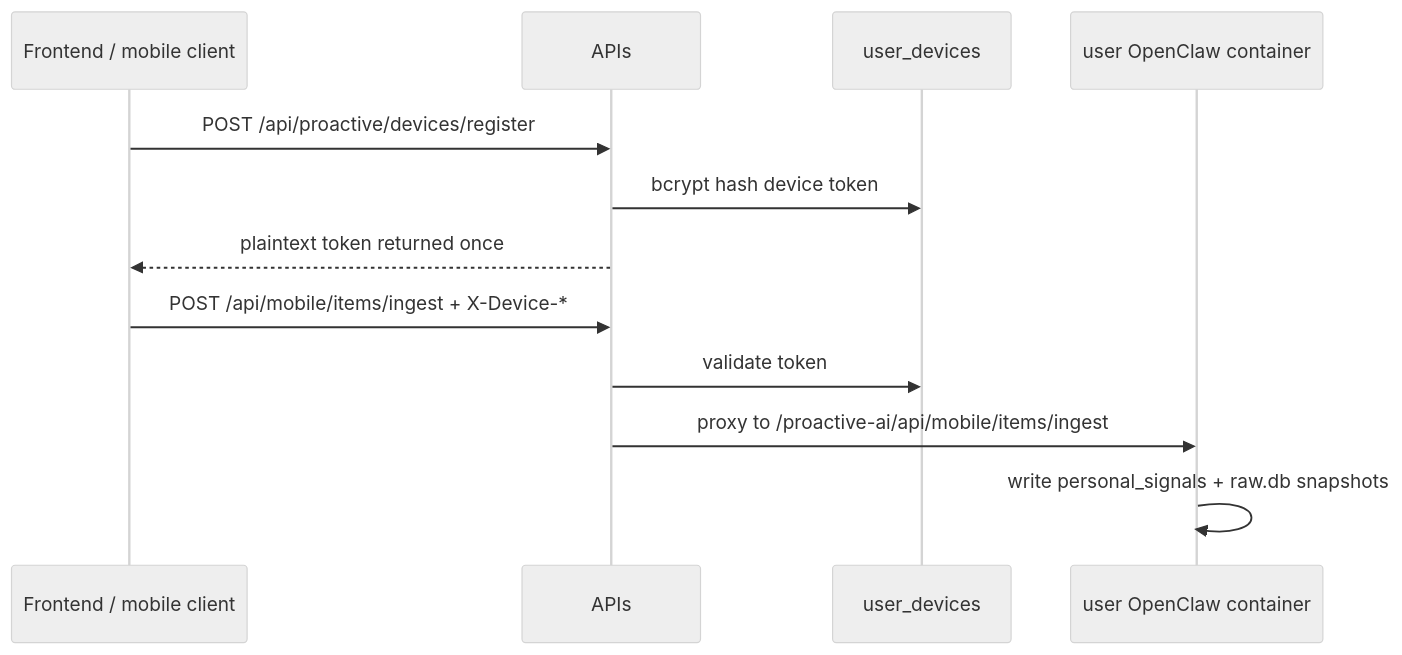
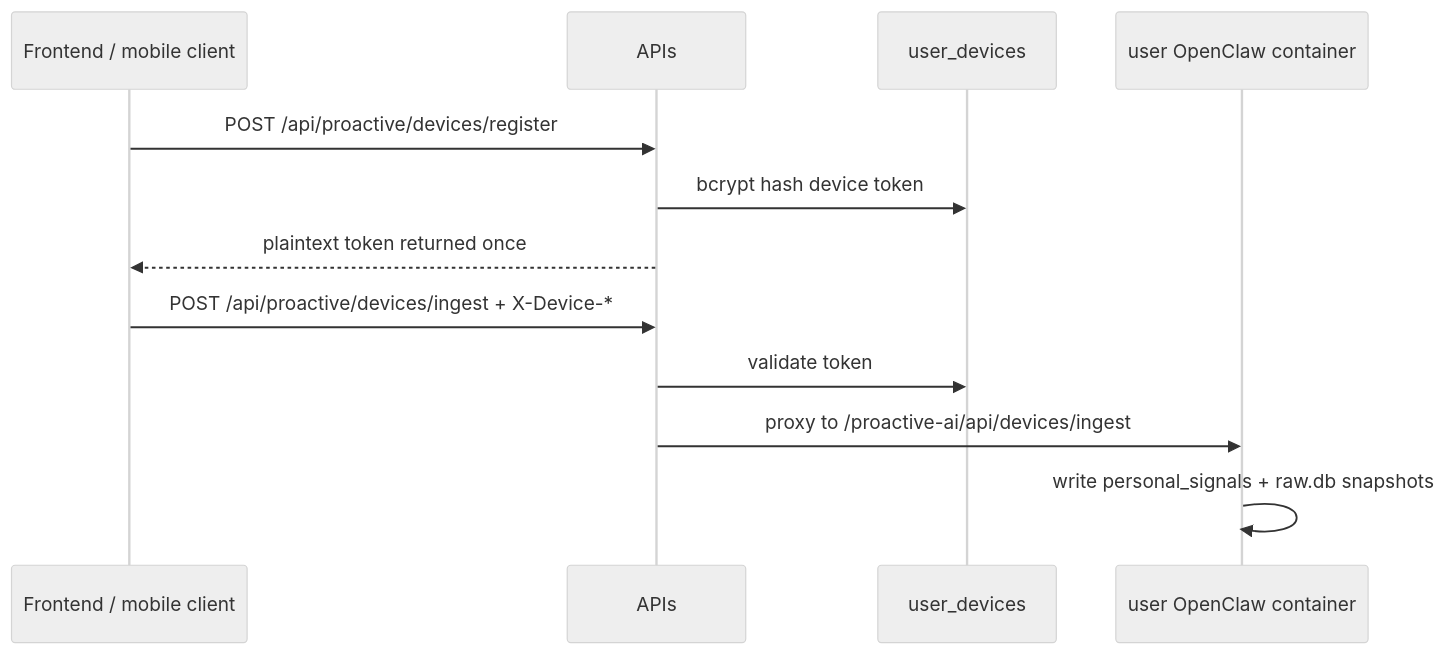
One commit to Edge-AI-HQ/proactive-assistant changed the fourth of 4 diagrams in docs/modules/data-connectors.mdx. Above: the diagram before and after it, drawn with Mermaid (neutral theme). The commit also changed other lines of this file and 10 other files, not shown here.

Commit message:
feat(devices): harden device ingest

````diff
--- a/docs/modules/data-connectors.mdx
+++ b/docs/modules/data-connectors.mdx
@@ -178,15 +178,15 @@
 ```mermaid
 sequenceDiagram
   participant FE as Frontend / mobile client
   participant APIs as APIs
   participant DB as user_devices
   participant OC as user OpenClaw container
 
   FE->>APIs: POST /api/proactive/devices/register
   APIs->>DB: bcrypt hash device token
   APIs-->>FE: plaintext token returned once
-  FE->>APIs: POST /api/mobile/items/ingest + X-Device-*
+  FE->>APIs: POST /api/proactive/devices/ingest + X-Device-*
   APIs->>DB: validate token
-  APIs->>OC: proxy to /proactive-ai/api/mobile/items/ingest
+  APIs->>OC: proxy to /proactive-ai/api/devices/ingest
   OC->>OC: write personal_signals + raw.db snapshots
 ```
````
